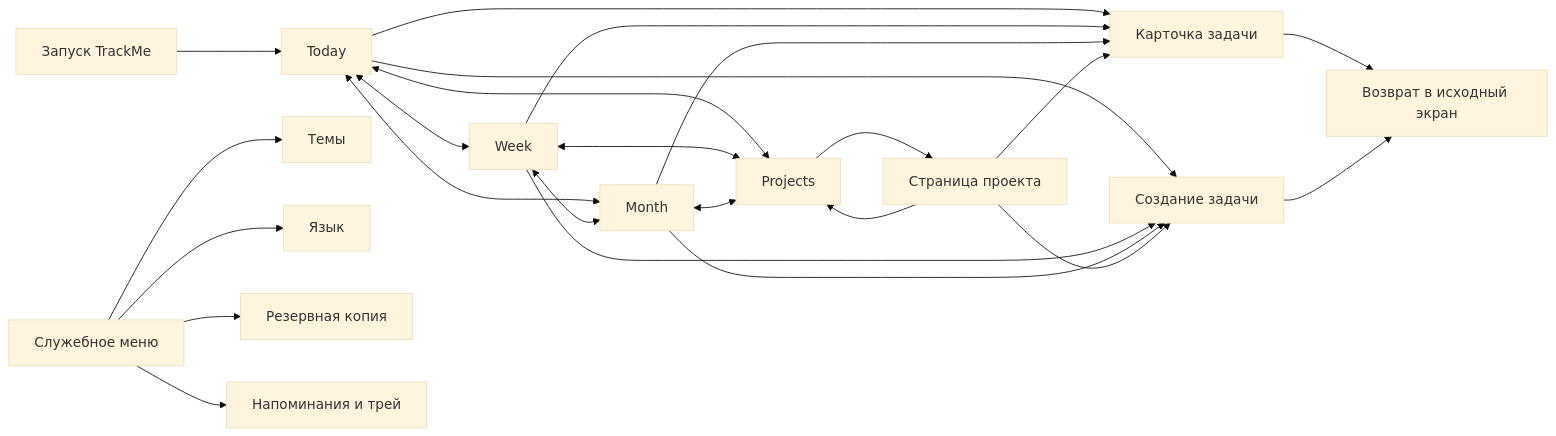
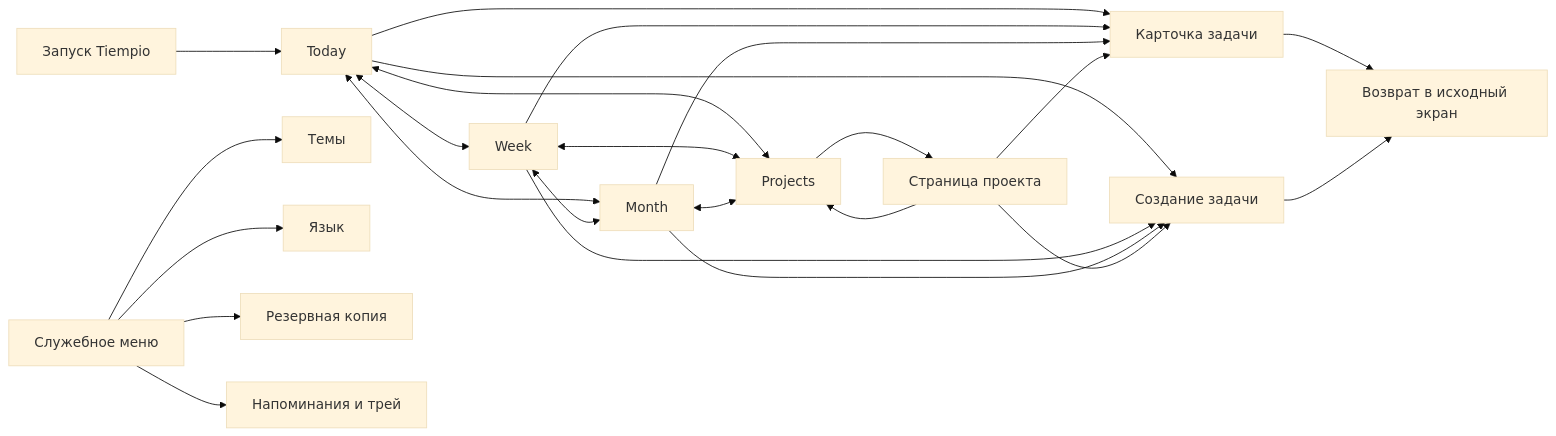
Before and after one commit to Arctic-beaver/TrackMe: the diagram in docs/project-plan/PHASE-0-SCREEN-MAP.md, drawn with Mermaid (base theme). The commit also changed other lines of this file and 53 other files, not shown here.

````diff
--- a/docs/project-plan/PHASE-0-SCREEN-MAP.md
+++ b/docs/project-plan/PHASE-0-SCREEN-MAP.md
@@ -14,32 +14,32 @@
 ```mermaid
 flowchart LR
-    Launch["Запуск TrackMe"] --> Today["Today"]
+    Launch["Запуск Tiempio"] --> Today["Today"]
 
     Today <--> Week["Week"]
     Today <--> Month["Month"]
     Today <--> Projects["Projects"]
     Week <--> Month
     Week <--> Projects
     Month <--> Projects
 
     Projects --> Project["Страница проекта"]
     Project --> Projects
 
     Today --> Task["Карточка задачи"]
     Week --> Task
     Month --> Task
     Project --> Task
 
     Today --> Create["Создание задачи"]
     Week --> Create
     Month --> Create
     Project --> Create
 
     Task --> Context["Возврат в исходный экран"]
     Create --> Context
 
     Utility["Служебное меню"] --> Appearance["Темы"]
     Utility --> Language["Язык"]
     Utility --> Backup["Резервная копия"]
     Utility --> Reminders["Напоминания и трей"]
 ```
````
